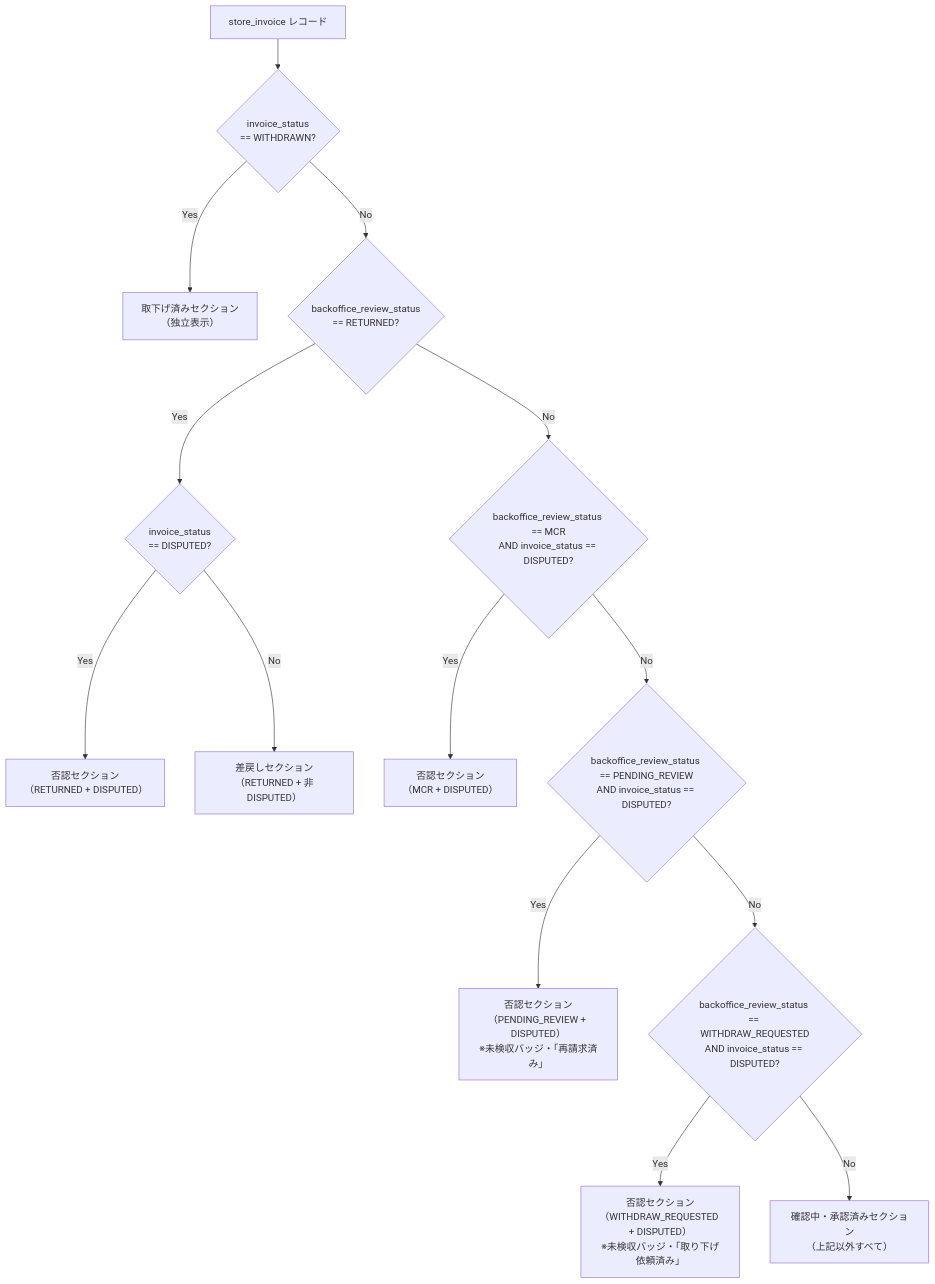
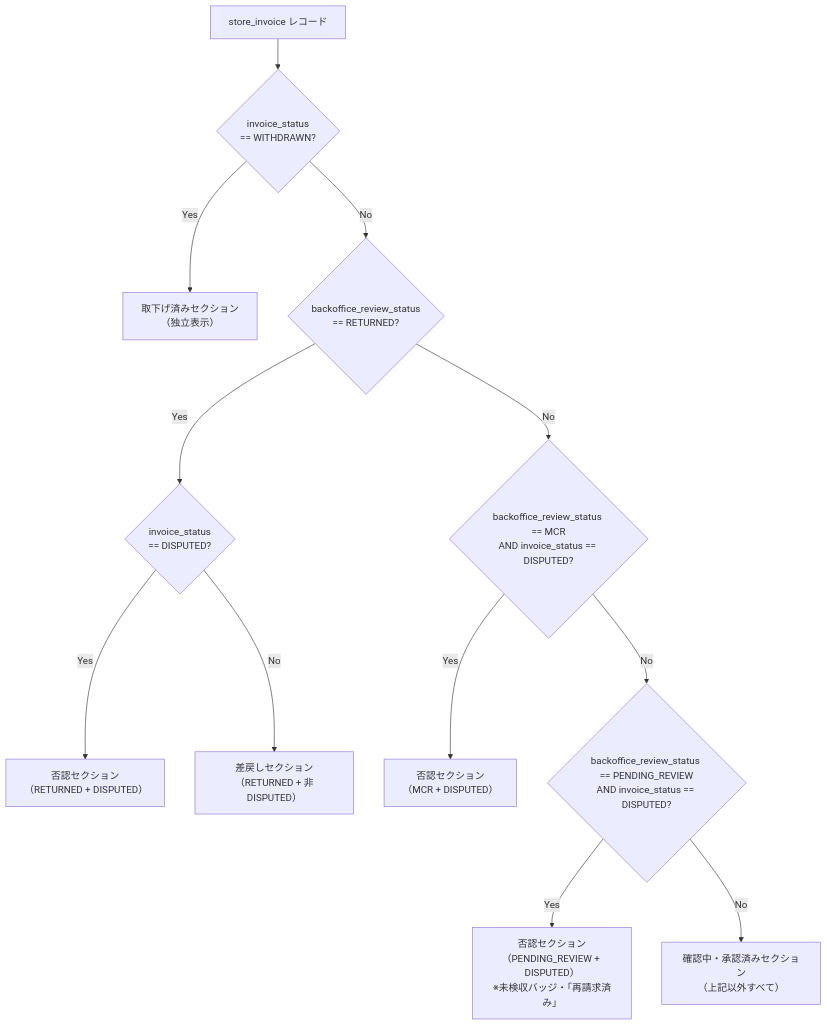
The second of 17 diagrams in docs/specifications/04_detail_page.md (USEN-PAY-Products/connect-wholesale-gas-poc), drawn with Mermaid before and after one commit. The commit also changed other lines of this file and 6 other files, not shown here.

````diff
--- a/docs/specifications/04_detail_page.md
+++ b/docs/specifications/04_detail_page.md
@@ -97,16 +96,14 @@
 ```mermaid
 flowchart TD
     A["store_invoice レコード"] --> B{"invoice_status\n== WITHDRAWN?"}
     B -- Yes --> W["取下げ済みセクション\n（独立表示）"]
     B -- No --> C{"backoffice_review_status\n== RETURNED?"}
     C -- Yes --> D{"invoice_status\n== DISPUTED?"}
     D -- Yes --> E["否認セクション\n（RETURNED + DISPUTED）"]
     D -- No --> F["差戻しセクション\n（RETURNED + 非DISPUTED）"]
     C -- No --> G{"backoffice_review_status == MCR\nAND invoice_status == DISPUTED?"}
     G -- Yes --> H["否認セクション\n（MCR + DISPUTED）"]
     G -- No --> I{"backoffice_review_status == PENDING_REVIEW\nAND invoice_status == DISPUTED?"}
     I -- Yes --> J["否認セクション\n（PENDING_REVIEW + DISPUTED）\n※未検収バッジ・「再請求済み」"]
-    I -- No --> L{"backoffice_review_status == WITHDRAW_REQUESTED\nAND invoice_status == DISPUTED?"}
-    L -- Yes --> M["否認セクション\n（WITHDRAW_REQUESTED + DISPUTED）\n※未検収バッジ・「取り下げ依頼済み」"]
-    L -- No --> K["確認中・承認済みセクション\n（上記以外すべて）"]
+    I -- No --> K["確認中・承認済みセクション\n（上記以外すべて）"]
 ```
````
